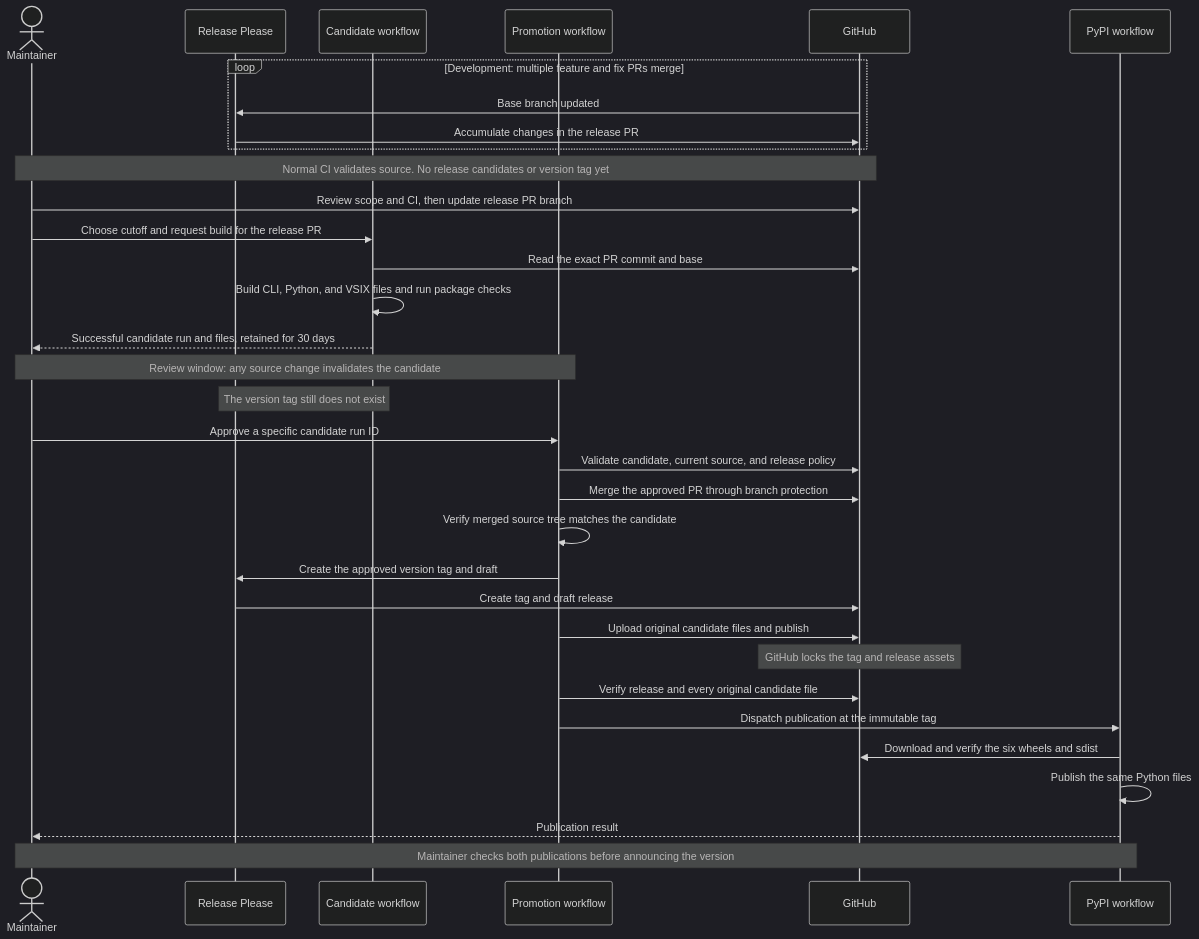
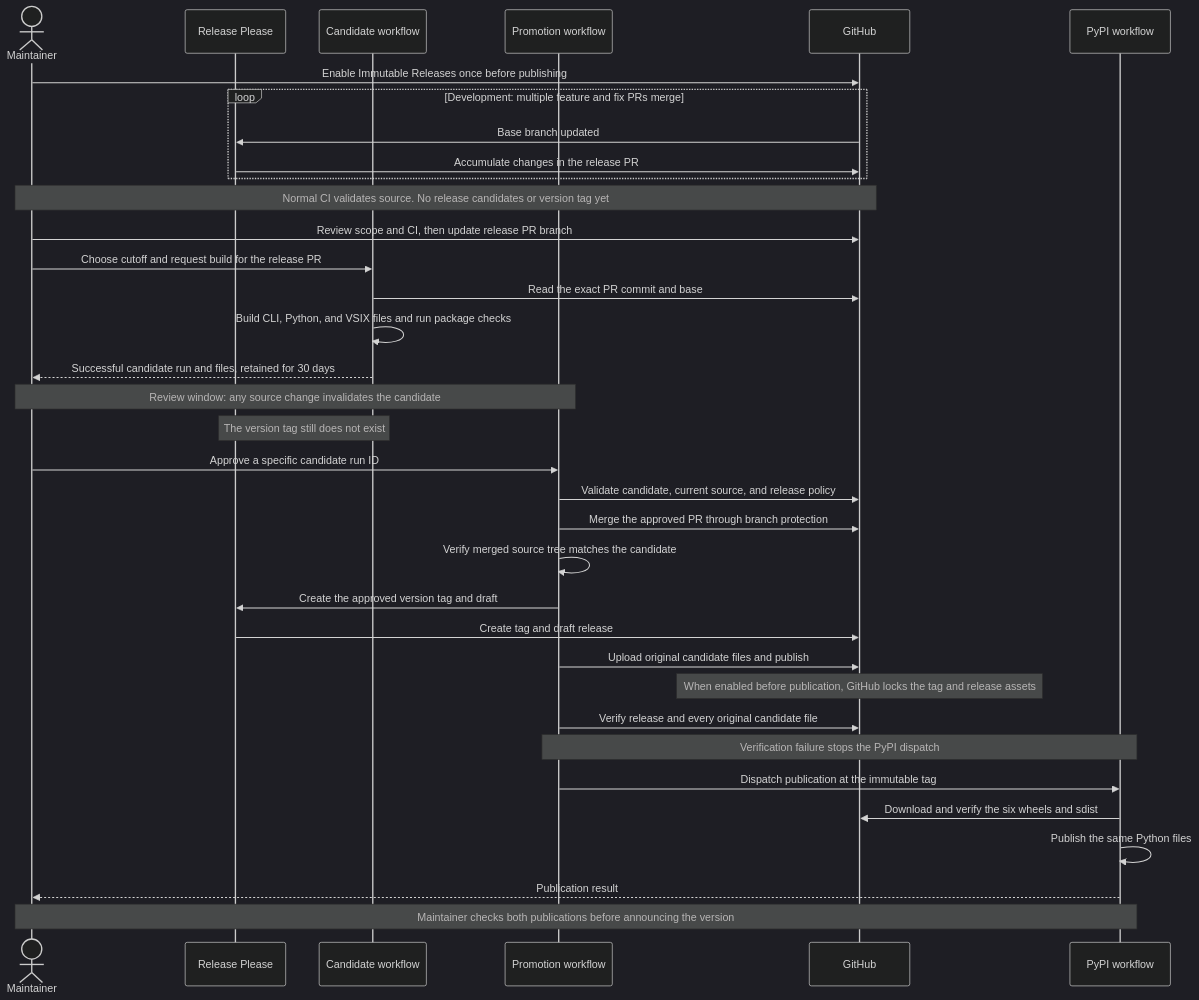
Before and after one commit to NatLabRockies/arco: the first of 2 diagrams in RELEASE_POLICY.md, drawn with Mermaid (dark theme). The commit also changed other lines of this file and 2 other files, not shown here.

Commit message:
fix(release): use the default workflow token for promotion

````diff
--- a/RELEASE_POLICY.md
+++ b/RELEASE_POLICY.md
@@ -35,39 +37,41 @@
 ```mermaid
 sequenceDiagram
     actor M as Maintainer
     participant RP as Release Please
     participant B as Candidate workflow
     participant P as Promotion workflow
     participant GH as GitHub
     participant PY as PyPI workflow
 
+    M->>GH: Enable Immutable Releases once before publishing
     loop Development: multiple feature and fix PRs merge
         GH->>RP: Base branch updated
         RP->>GH: Accumulate changes in the release PR
     end
     Note over M,GH: Normal CI validates source. No release candidates or version tag yet
 
     M->>GH: Review scope and CI, then update release PR branch
     M->>B: Choose cutoff and request build for the release PR
     B->>GH: Read the exact PR commit and base
     B->>B: Build CLI, Python, and VSIX files and run package checks
     B-->>M: Successful candidate run and files, retained for 30 days
     Note over M,P: Review window: any source change invalidates the candidate
     Note over RP,B: The version tag still does not exist
 
     M->>P: Approve a specific candidate run ID
     P->>GH: Validate candidate, current source, and release policy
     P->>GH: Merge the approved PR through branch protection
     P->>P: Verify merged source tree matches the candidate
     P->>RP: Create the approved version tag and draft
     RP->>GH: Create tag and draft release
     P->>GH: Upload original candidate files and publish
-    Note over GH: GitHub locks the tag and release assets
+    Note over GH: When enabled before publication, GitHub locks the tag and release assets
     P->>GH: Verify release and every original candidate file
+    Note over P,PY: Verification failure stops the PyPI dispatch
 
     P->>PY: Dispatch publication at the immutable tag
     PY->>GH: Download and verify the six wheels and sdist
     PY->>PY: Publish the same Python files
     PY-->>M: Publication result
     Note over M,PY: Maintainer checks both publications before announcing the version
 ```
````
